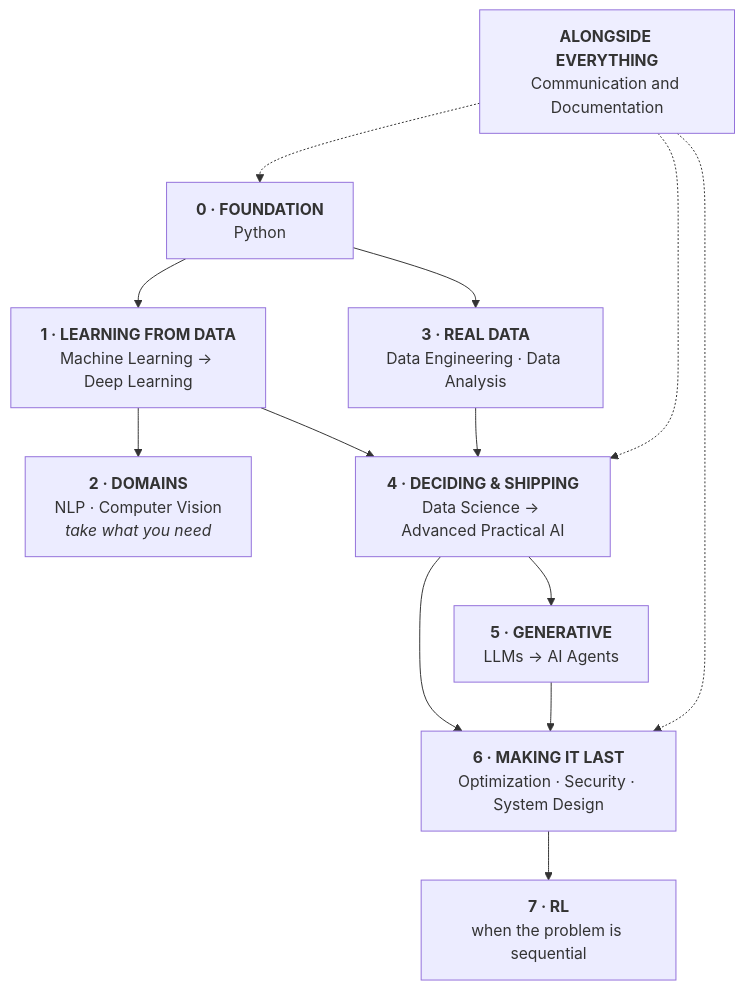
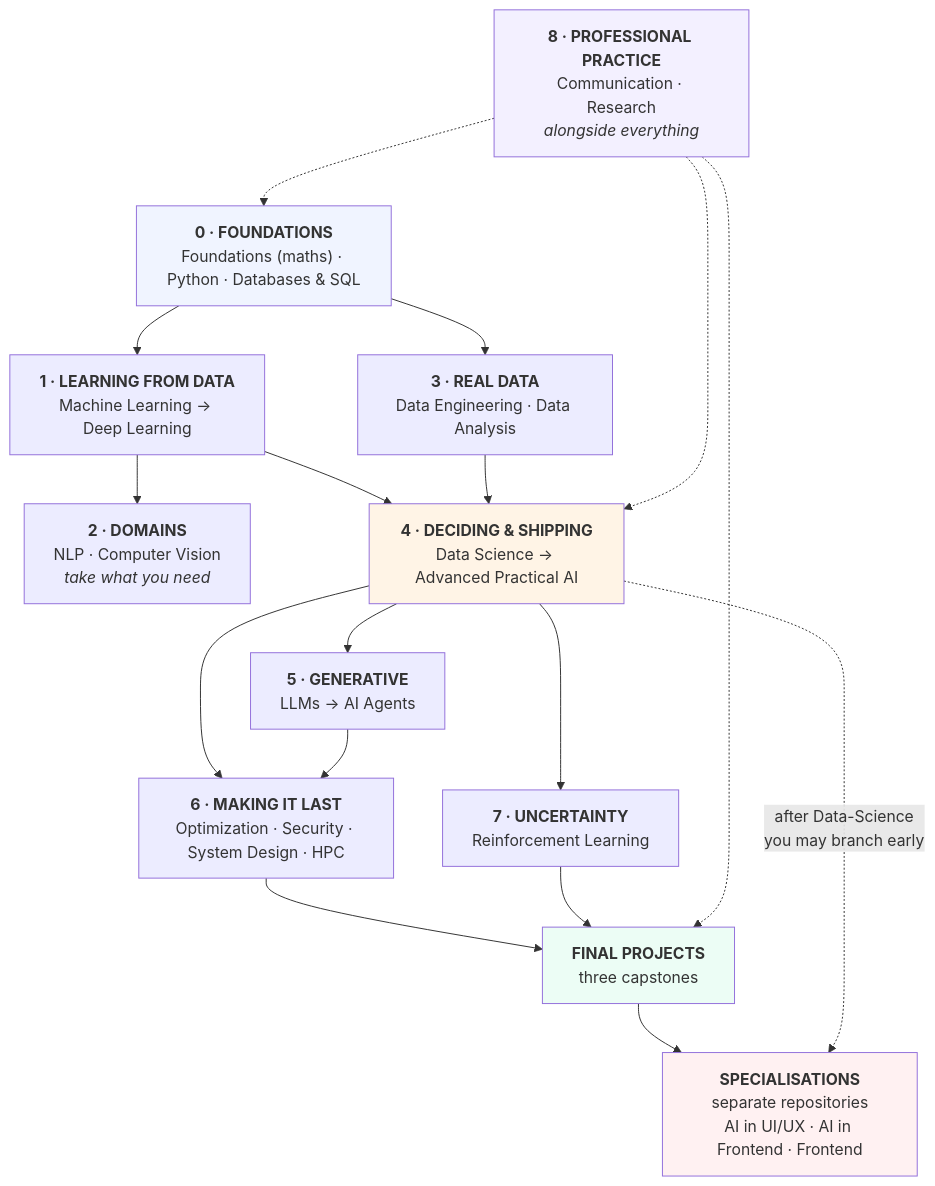
Before and after one commit to Tayel-Ai-Labs-Courses/Advanced-AI: the diagram in CURRICULUM.md, drawn with Mermaid. The commit also changed other lines of this file and 3 other files, not shown here.

````diff
--- a/CURRICULUM.md
+++ b/CURRICULUM.md
@@ -16,16 +18,24 @@
 ```mermaid
 flowchart TD
-    B0["<b>0 · FOUNDATION</b><br/>Python"] --> B1["<b>1 · LEARNING FROM DATA</b><br/>Machine Learning → Deep Learning"]
+    B0["<b>0 · FOUNDATIONS</b><br/>Foundations (maths) · Python · Databases &amp; SQL"] --> B1["<b>1 · LEARNING FROM DATA</b><br/>Machine Learning → Deep Learning"]
     B1 --> B2["<b>2 · DOMAINS</b><br/>NLP · Computer Vision<br/><i>take what you need</i>"]
     B0 --> B3["<b>3 · REAL DATA</b><br/>Data Engineering · Data Analysis"]
     B1 --> B4["<b>4 · DECIDING &amp; SHIPPING</b><br/>Data Science → Advanced Practical AI"]
     B3 --> B4
     B4 --> B5["<b>5 · GENERATIVE</b><br/>LLMs → AI Agents"]
-    B4 --> B6["<b>6 · MAKING IT LAST</b><br/>Optimization · Security · System Design"]
+    B4 --> B6["<b>6 · MAKING IT LAST</b><br/>Optimization · Security · System Design · HPC"]
     B5 --> B6
-    B6 --> B7["<b>7 · RL</b><br/>when the problem is sequential"]
-    C["<b>ALONGSIDE EVERYTHING</b><br/>Communication and Documentation"] -.-> B0
-    C -.-> B4
-    C -.-> B6
-    style C fill:#eef
+    B4 --> B7["<b>7 · UNCERTAINTY</b><br/>Reinforcement Learning"]
+    B6 --> CAP["<b>FINAL PROJECTS</b><br/>three capstones"]
+    B7 --> CAP
+    B8["<b>8 · PROFESSIONAL PRACTICE</b><br/>Communication · Research<br/><i>alongside everything</i>"] -.-> B0
+    B8 -.-> B4
+    B8 -.-> CAP
+    CAP --> SP["<b>SPECIALISATIONS</b><br/>separate repositories<br/>AI in UI/UX · AI in Frontend · Frontend"]
+    B4 -.->|"after Data-Science<br/>you may branch early"| SP
+    style B0 fill:#f0f4ff
+    style B4 fill:#fff4e6
+    style B8 fill:#f3f0ff
+    style CAP fill:#ecfdf5
+    style SP fill:#fff1f2
 ```
````
